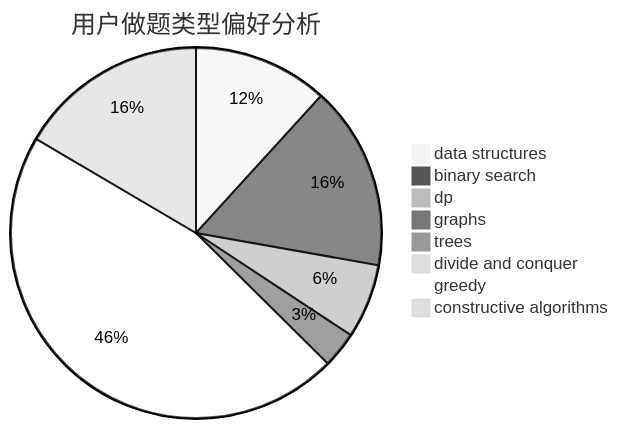
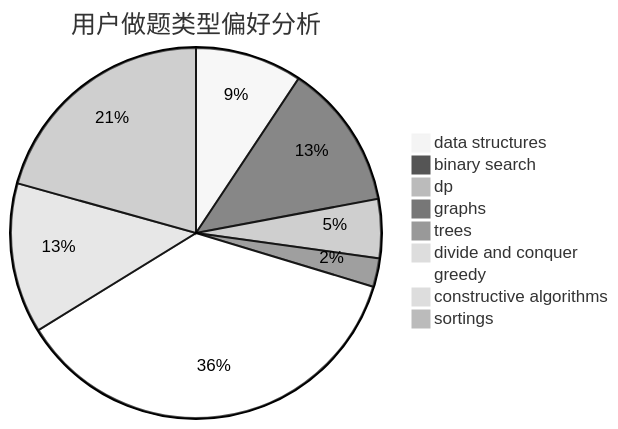
The second of 3 diagrams in docs/user/u283.md (sherpahu/cfrs.github.io), drawn with Mermaid (neutral theme) before and after one commit. The commit also changed other lines of this file and 2769 other files, not shown here.

````diff
--- a/docs/user/u283.md
+++ b/docs/user/u283.md
@@ -23,11 +18,12 @@
 ```mermaid
 pie title 用户做题类型偏好分析
     "data structures" :  116
     "binary search" :  158
     "dp" :  64
     "graphs" :  31
     "trees" :  4
     "divide and conquer" :  0
     "greedy" :  454
     "constructive algorithms" :  163
+    "sortings" :  257
 ```
````
